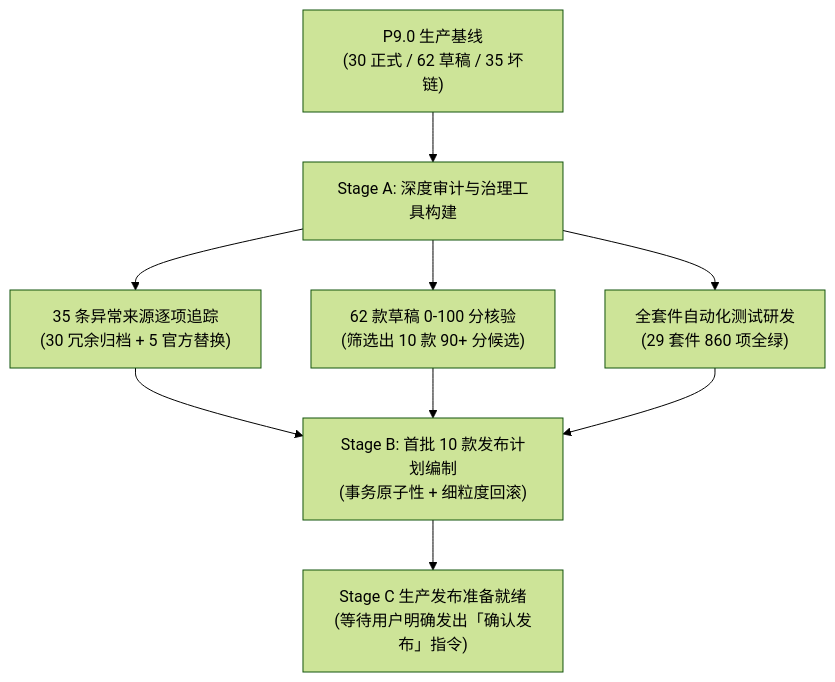
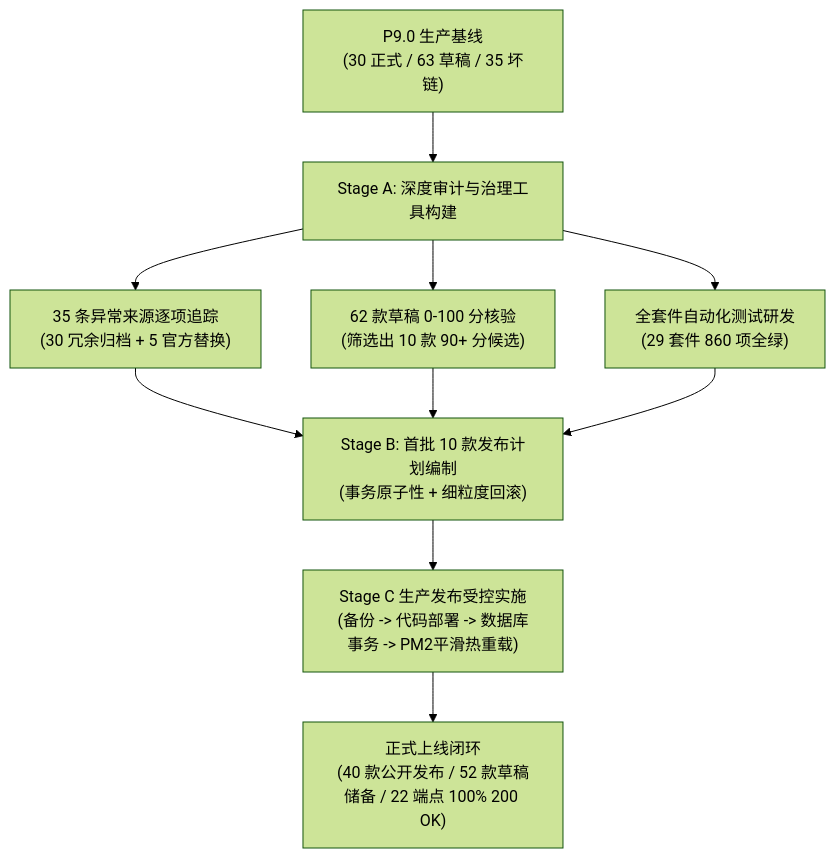
One commit to zhjlin11/softbuluo changed the diagram in docs/P901_FINAL_REPORT.md. Above: the diagram before and after it, drawn with Mermaid (forest theme). The commit also changed other lines of this file, not shown here.

Commit message:
docs(p9.0.1): update final report with stage c live production release verification

````diff
--- a/docs/P901_FINAL_REPORT.md
+++ b/docs/P901_FINAL_REPORT.md
@@ -14,11 +14,12 @@
 ```mermaid
 flowchart TD
-    A["P9.0 生产基线<br/>(30 正式 / 62 草稿 / 35 坏链)"] --> B["Stage A: 深度审计与治理工具构建"]
+    A["P9.0 生产基线<br/>(30 正式 / 63 草稿 / 35 坏链)"] --> B["Stage A: 深度审计与治理工具构建"]
     B --> C["35 条异常来源逐项追踪<br/>(30 冗余归档 + 5 官方替换)"]
     B --> D["62 款草稿 0-100 分核验<br/>(筛选出 10 款 90+ 分候选)"]
     B --> E["全套件自动化测试研发<br/>(29 套件 860 项全绿)"]
     C --> F["Stage B: 首批 10 款发布计划编制<br/>(事务原子性 + 细粒度回滚)"]
     D --> F
     E --> F
-    F --> G["Stage C 生产发布准备就绪<br/>(等待用户明确发出「确认发布」指令)"]
+    F --> G["Stage C 生产发布受控实施<br/>(备份 -> 代码部署 -> 数据库事务 -> PM2平滑热重载)"]
+    G --> H["正式上线闭环<br/>(40 款公开发布 / 52 款草稿储备 / 22 端点 100% 200 OK)"]
 ```
````
